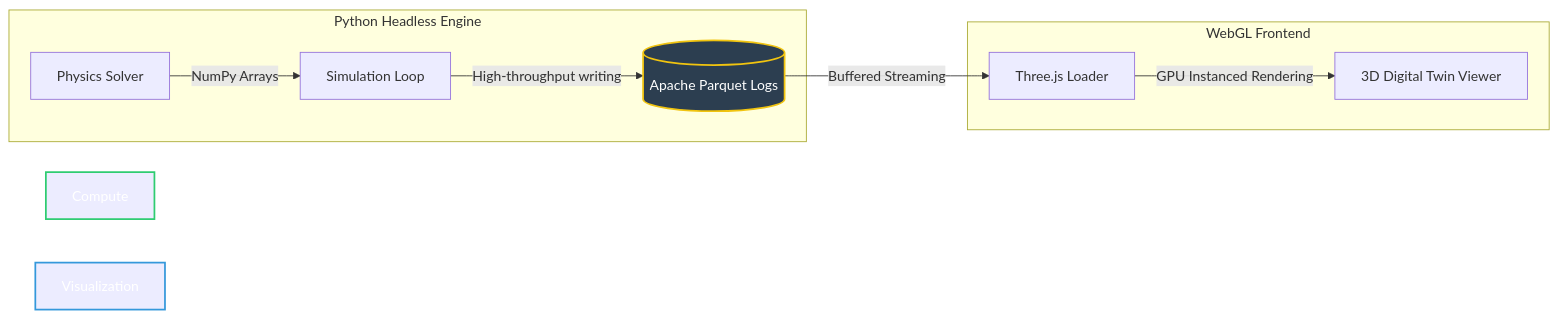
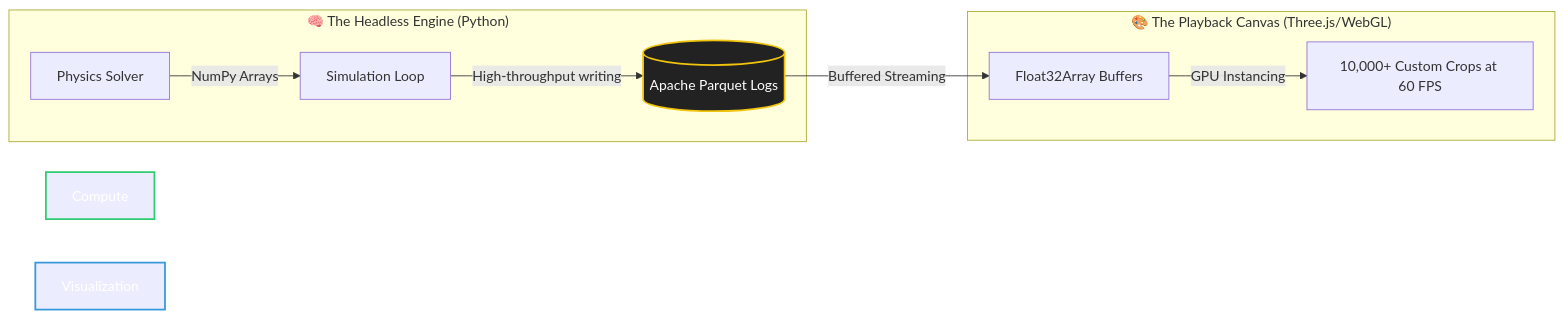
The diagram in README.md (saswatsundar123/saswatsundar123), drawn with Mermaid before and after one commit. The commit also changed other lines of this file, not shown here.

````diff
--- a/README.md
+++ b/README.md
@@ -41,16 +30,16 @@
 ```mermaid
 graph LR
-    subgraph Compute Engine [Python Headless Engine]
+    subgraph Compute Engine ["🧠 The Headless Engine (Python)"]
         A[Physics Solver] -->|NumPy Arrays| B[Simulation Loop]
         B -->|High-throughput writing| C[(Apache Parquet Logs)]
     end
     
-    subgraph Visualization Canvas [WebGL Frontend]
-        C -->|Buffered Streaming| D[Three.js Loader]
-        D -->|GPU Instanced Rendering| E[3D Digital Twin Viewer]
+    subgraph Visualization Canvas ["🎨 The Playback Canvas (Three.js/WebGL)"]
+        C -->|Buffered Streaming| D[Float32Array Buffers]
+        D -->|GPU Instancing| E[10,000+ Custom Crops at 60 FPS]
     end
 
-    style Compute Engine fill:#1e272e,stroke:#2ecc71,stroke-width:2px,color:#fff
-    style Visualization Canvas fill:#1e272e,stroke:#3498db,stroke-width:2px,color:#fff
-    style C fill:#2c3e50,stroke:#f1c40f,stroke-width:2px,color:#fff
+    style Compute Engine fill:#111,stroke:#2ecc71,stroke-width:2px,color:#fff
+    style Visualization Canvas fill:#111,stroke:#3498db,stroke-width:2px,color:#fff
+    style C fill:#222,stroke:#f1c40f,stroke-width:2px,color:#fff
 ```
````
